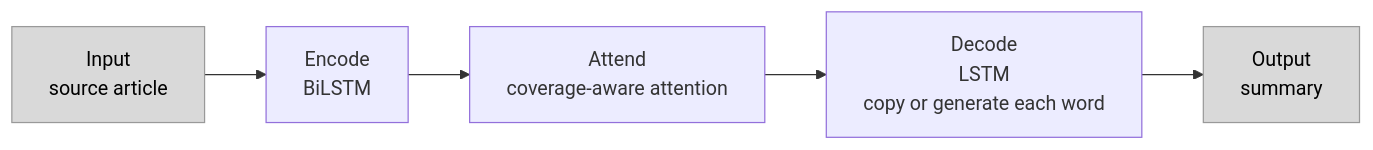
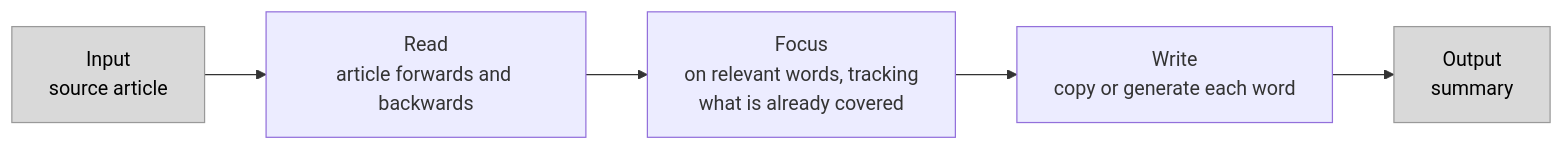
One commit to FatemaKotb/Comparing-Summarization-Models-on-CNN-DailyMail changed the first of 5 diagrams in README.md. Above: the diagram before and after it, drawn with Mermaid. The commit also changed other lines of this file, not shown here.

````diff
--- a/README.md
+++ b/README.md
@@ -57,9 +58,9 @@
 ```mermaid
 flowchart LR
-    I[Input<br/>source article] --> E[Encode<br/>BiLSTM]
-    E --> A[Attend<br/>coverage-aware attention]
-    A --> D[Decode<br/>LSTM<br/>copy or generate each word]
+    I[Input<br/>source article] --> E[Read<br/>article forwards and backwards]
+    E --> A[Focus<br/>on relevant words, tracking<br/>what is already covered]
+    A --> D[Write<br/>copy or generate each word]
     D --> O[Output<br/>summary]
     classDef io fill:#d9d9d9,stroke:#999999,color:#000000
     class I,O io
 ```
````
